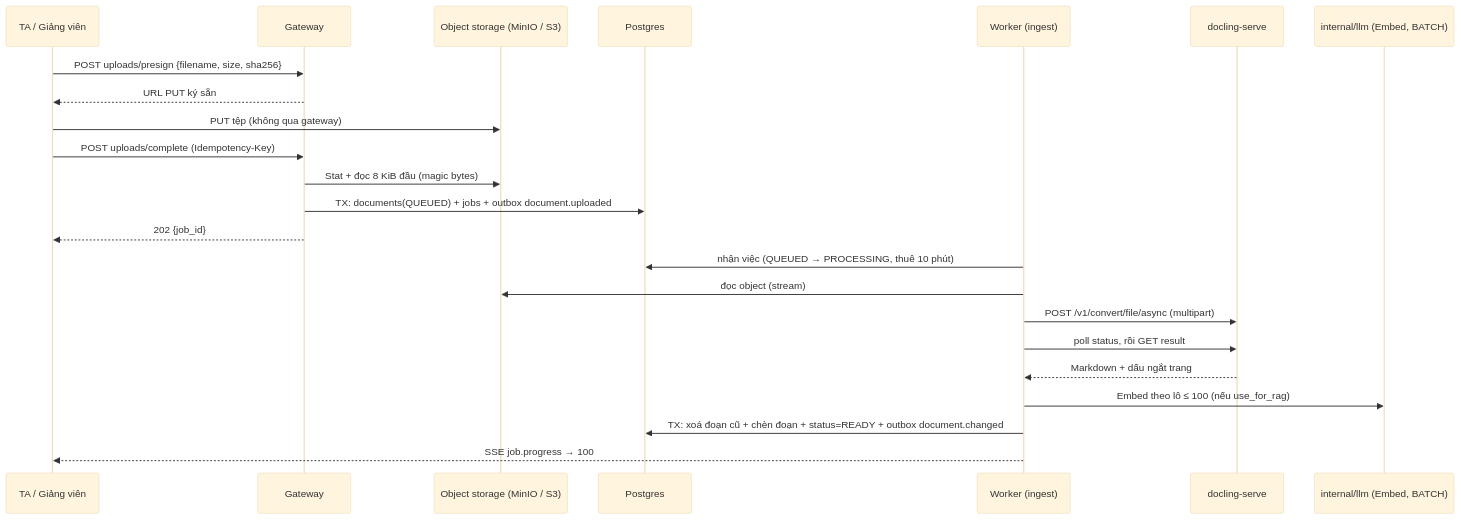
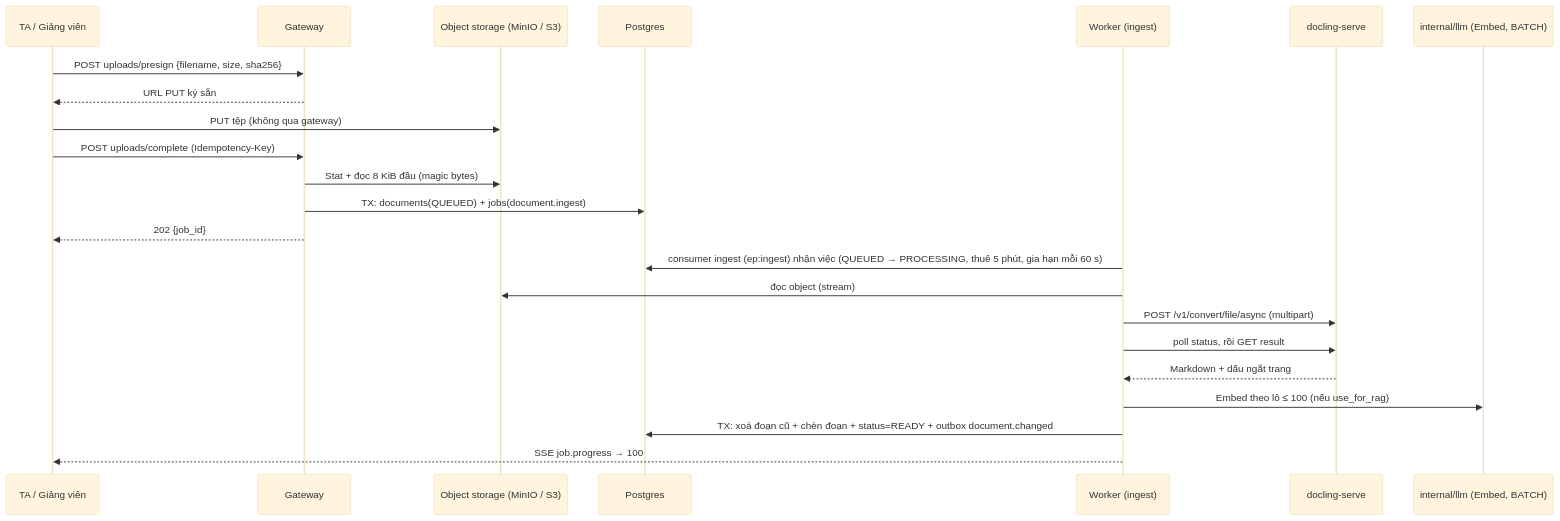
Before and after one commit to kagamikuro1024/EduPilot-v2: the first of 2 diagrams in docs/specs/FEAT-docs-calendar/SRS.md, drawn with Mermaid (base theme). The commit also changed other lines of this file and 3 other files, not shown here.

````diff
--- a/docs/specs/FEAT-docs-calendar/SRS.md
+++ b/docs/specs/FEAT-docs-calendar/SRS.md
@@ -41,25 +43,25 @@
 ```mermaid
 sequenceDiagram
   participant T as TA / Giảng viên
   participant GW as Gateway
   participant OS as Object storage (MinIO / S3)
   participant DB as Postgres
   participant WK as Worker (ingest)
   participant DC as docling-serve
   participant LLM as internal/llm (Embed, BATCH)
   T->>GW: POST uploads/presign {filename, size, sha256}
   GW-->>T: URL PUT ký sẵn
   T->>OS: PUT tệp (không qua gateway)
   T->>GW: POST uploads/complete (Idempotency-Key)
   GW->>OS: Stat + đọc 8 KiB đầu (magic bytes)
-  GW->>DB: TX: documents(QUEUED) + jobs + outbox document.uploaded
+  GW->>DB: TX: documents(QUEUED) + jobs(document.ingest)
   GW-->>T: 202 {job_id}
-  WK->>DB: nhận việc (QUEUED → PROCESSING, thuê 10 phút)
+  WK->>DB: consumer ingest (ep:ingest) nhận việc (QUEUED → PROCESSING, thuê 5 phút, gia hạn mỗi 60 s)
   WK->>OS: đọc object (stream)
   WK->>DC: POST /v1/convert/file/async (multipart)
   WK->>DC: poll status, rồi GET result
   DC-->>WK: Markdown + dấu ngắt trang
   WK->>LLM: Embed theo lô ≤ 100 (nếu use_for_rag)
   WK->>DB: TX: xoá đoạn cũ + chèn đoạn + status=READY + outbox document.changed
   WK-->>T: SSE job.progress → 100
 ```
````
